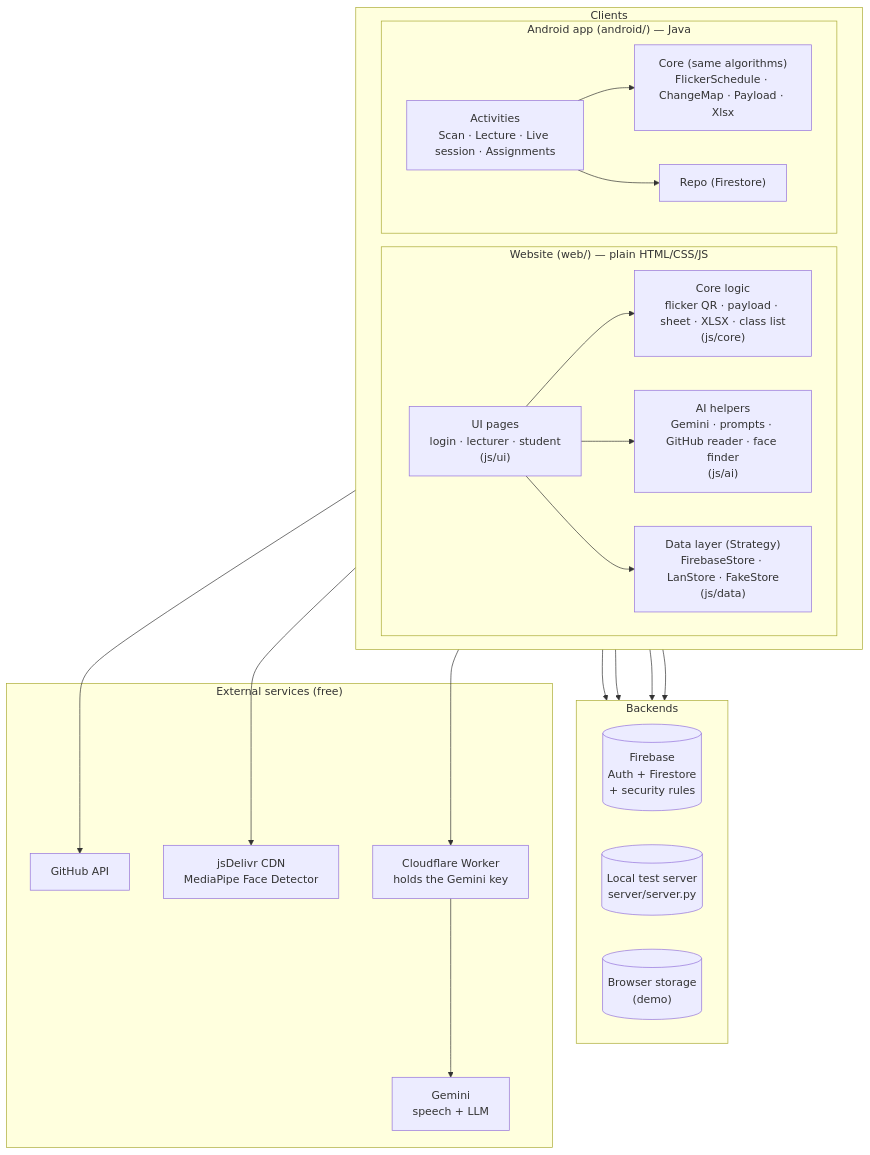
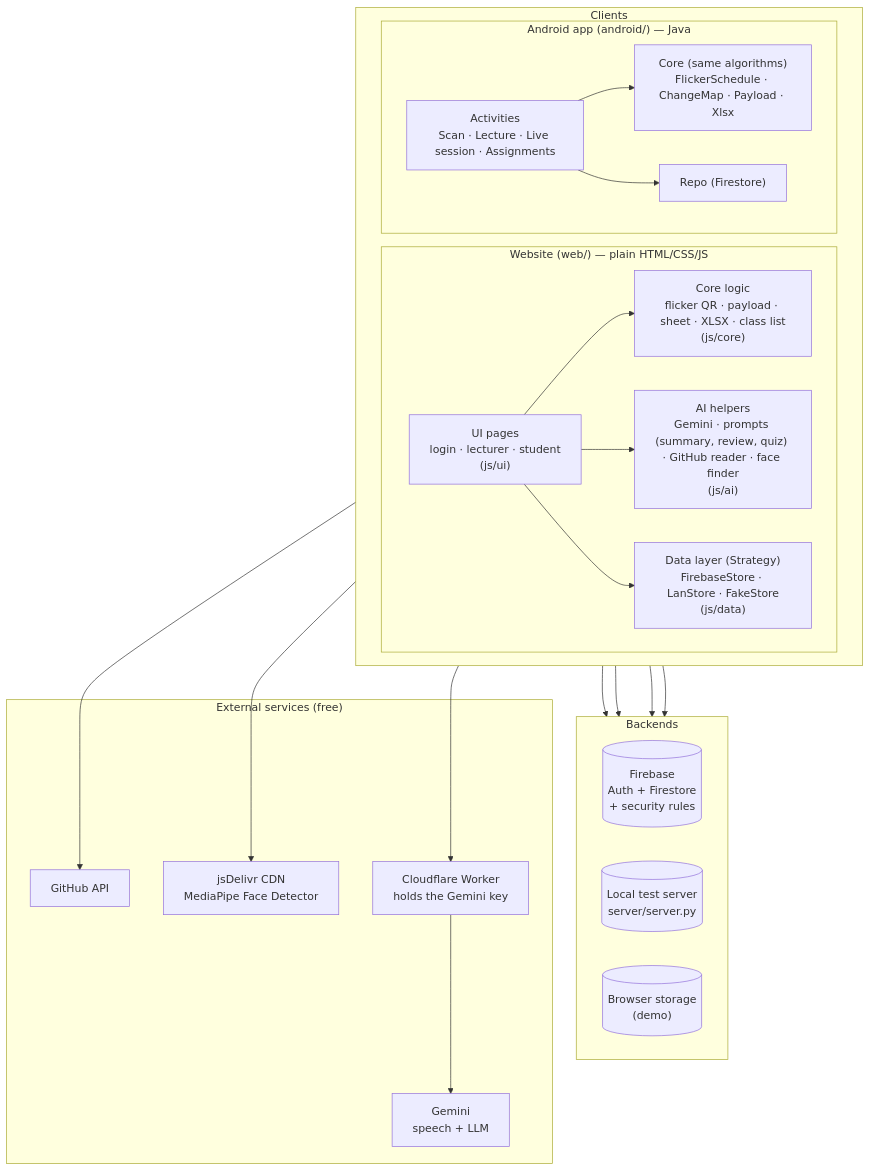
Before and after one commit to minion-dog/I2CS_Ex2-smart-class-demo: the diagram in docs/05_COMPONENTS.md, drawn with Mermaid. The commit also changed 47 other files, not shown here.

First line of the commit message:
Kahoot-style quiz, "no box on me" checked by Gemini, first-SRS items

````diff
--- a/docs/05_COMPONENTS.md
+++ b/docs/05_COMPONENTS.md
@@ -3,41 +3,41 @@
 ```mermaid
 flowchart TB
     subgraph Clients
         direction LR
         subgraph WEB["Website (web/) — plain HTML/CSS/JS"]
             UI["UI pages<br/>login · lecturer · student<br/>(js/ui)"]
             CORE["Core logic<br/>flicker QR · payload · sheet · XLSX · class list<br/>(js/core)"]
-            AI["AI helpers<br/>Gemini · prompts · GitHub reader · face finder<br/>(js/ai)"]
+            AI["AI helpers<br/>Gemini · prompts (summary, review, quiz) · GitHub reader · face finder<br/>(js/ai)"]
             DATA["Data layer (Strategy)<br/>FirebaseStore · LanStore · FakeStore<br/>(js/data)"]
         end
         subgraph APP["Android app (android/) — Java"]
             AUI["Activities<br/>Scan · Lecture · Live session · Assignments"]
             ACORE["Core (same algorithms)<br/>FlickerSchedule · ChangeMap · Payload · Xlsx"]
             AREPO["Repo (Firestore)"]
         end
     end
     subgraph Backends
         direction LR
         FB[("Firebase<br/>Auth + Firestore<br/>+ security rules")]
         LAN[("Local test server<br/>server/server.py")]
         LS[("Browser storage<br/>(demo)")]
     end
     subgraph External["External services (free)"]
         GEM["Gemini<br/>speech + LLM"]
         GH["GitHub API"]
         CDN["jsDelivr CDN<br/>MediaPipe Face Detector"]
         WRK["Cloudflare Worker<br/>holds the Gemini key"]
     end
     UI --> CORE
     UI --> AI
     UI --> DATA
     DATA --> FB
     DATA --> LAN
     DATA --> LS
     AUI --> ACORE
     AUI --> AREPO --> FB
     AI --> WRK
     WRK --> GEM
     AI --> GH
     AI --> CDN
 ```
````
